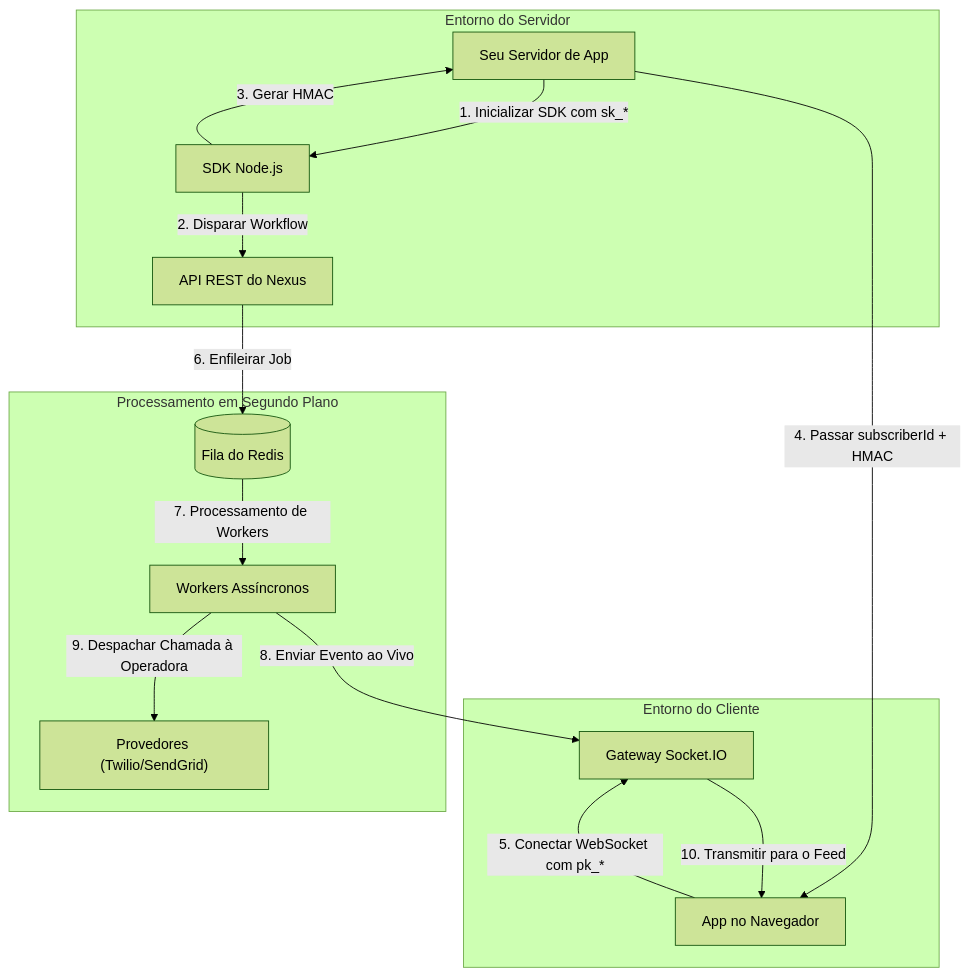
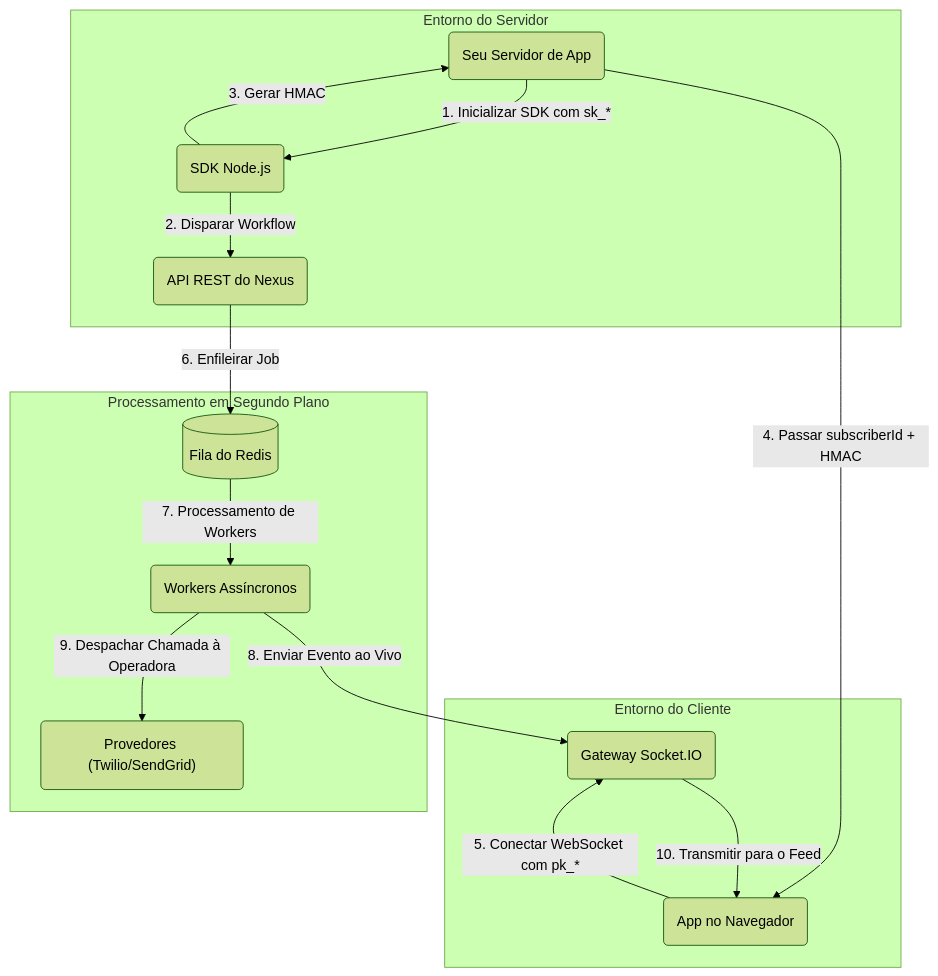
Before and after one commit to KriyanshKhunt/nexus_docs: the diagram in content/docs/pt/sdk/index.mdx, drawn with Mermaid (forest theme). The commit also changed 20 other files, not shown here.

Commit message:
Handle pt Mermaid charts

````diff
--- a/content/docs/pt/sdk/index.mdx
+++ b/content/docs/pt/sdk/index.mdx
@@ -74,22 +74,22 @@
 ```mermaid
 flowchart TD
   subgraph Server Environment [Entorno do Servidor]
-    App[Seu Servidor de App] -->|1. Inicializar SDK com sk_*| SDK[SDK Node.js]
-    SDK -->|2. Disparar Workflow| API[API REST do Nexus]
+    App(Seu Servidor de App) -->|1. Inicializar SDK com sk_*| SDK(SDK Node.js)
+    SDK -->|2. Disparar Workflow| API(API REST do Nexus)
     SDK -->|3. Gerar HMAC| App
   end
 
   subgraph Client Environment [Entorno do Cliente]
-    App -->|4. Passar subscriberId + HMAC| FE[App no Navegador]
-    FE -->|5. Conectar WebSocket com pk_*| WebHost[Gateway Socket.IO]
+    App -->|4. Passar subscriberId + HMAC| FE(App no Navegador)
+    FE -->|5. Conectar WebSocket com pk_*| WebHost(Gateway Socket.IO)
   end
 
   subgraph Background Processing [Processamento em Segundo Plano]
     API -->|6. Enfileirar Job| Q[(Fila do Redis)]
-    Q -->|7. Processamento de Workers| Workers[Workers Assíncronos]
+    Q -->|7. Processamento de Workers| Workers(Workers Assíncronos)
     Workers -->|8. Enviar Evento ao Vivo| WebHost
-    Workers -->|9. Despachar Chamada à Operadora| Carriers["Provedores (Twilio/SendGrid)"]
+    Workers -->|9. Despachar Chamada à Operadora| Carriers("Provedores (Twilio/SendGrid)")
   end
 
   WebHost -->|10. Transmitir para o Feed| FE
 ```
````
